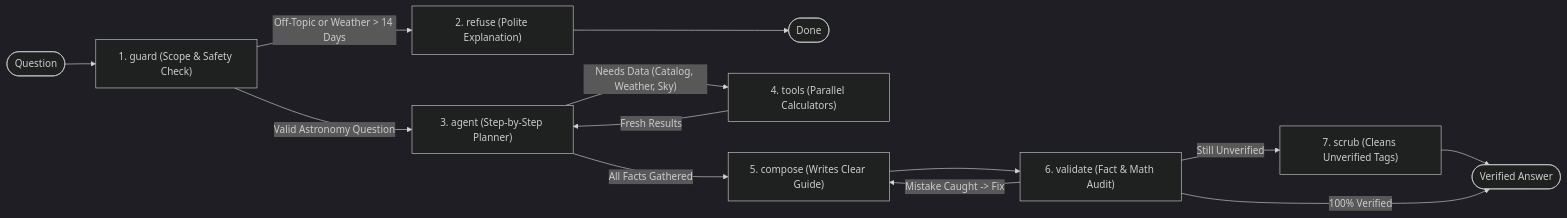
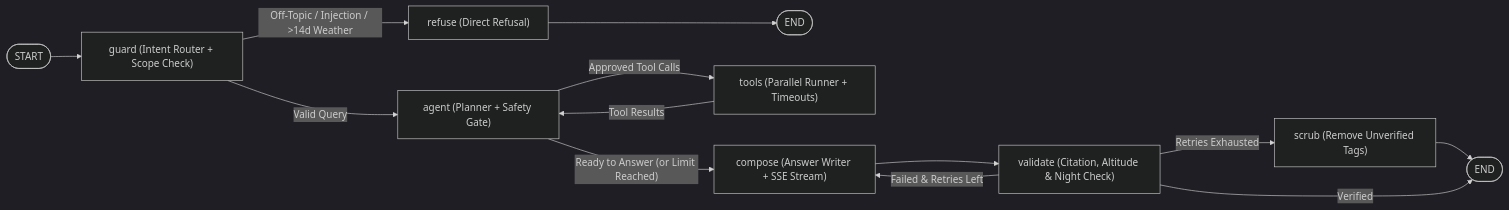
Before and after one commit to Waxguillermo/Astropilote: the diagram in README.md, drawn with Mermaid (dark theme). The commit also changed other lines of this file, not shown here.

````diff
--- a/README.md
+++ b/README.md
@@ -56,17 +34,17 @@
 ```mermaid
 flowchart LR
-    START(["Question"]) --> G["1. guard (Scope & Safety Check)"]
-    G -->|"Off-Topic or Weather > 14 Days"| R["2. refuse (Polite Explanation)"]
-    R --> END1(["Done"])
+    START(["START"]) --> G["guard (Intent Router + Scope Check)"]
+    G -->|"Off-Topic / Injection / >14d Weather"| R["refuse (Direct Refusal)"]
+    R --> END1(["END"])
 
-    G -->|"Valid Astronomy Question"| A["3. agent (Step-by-Step Planner)"]
-    A -->|"Needs Data (Catalog, Weather, Sky)"| T["4. tools (Parallel Calculators)"]
-    T -->|"Fresh Results"| A
+    G -->|"Valid Query"| A["agent (Planner + Safety Gate)"]
+    A -->|"Approved Tool Calls"| T["tools (Parallel Runner + Timeouts)"]
+    T -->|"Tool Results"| A
 
-    A -->|"All Facts Gathered"| C["5. compose (Writes Clear Guide)"]
-    C --> V["6. validate (Fact & Math Audit)"]
-    V -->|"Mistake Caught -> Fix"| C
-    V -->|"Still Unverified"| S["7. scrub (Cleans Unverified Tags)"]
-    S --> END2(["Verified Answer"])
-    V -->|"100% Verified"| END2
+    A -->|"Ready to Answer (or Limit Reached)"| C["compose (Answer Writer + SSE Stream)"]
+    C --> V["validate (Citation, Altitude & Night Check)"]
+    V -->|"Failed & Retries Left"| C
+    V -->|"Retries Exhausted"| S["scrub (Remove Unverified Tags)"]
+    S --> END2(["END"])
+    V -->|"Verified"| END2
 ```
````
